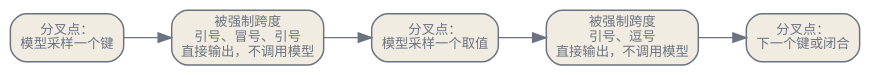
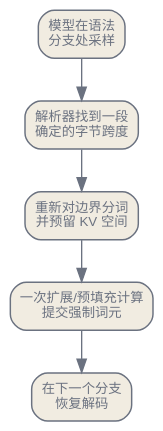
One commit to latere-ai/ai-as-an-infrastructure changed the second of 2 diagrams in zh/inference/05-structured-long-context.qmd. Above: the diagram before and after it, drawn with Graphviz. The commit also changed other lines of this file and 3 other files, not shown here.

````diff
--- a/zh/inference/05-structured-long-context.qmd
+++ b/zh/inference/05-structured-long-context.qmd
@@ -81,20 +101,17 @@
 ```{dot}
 //| label: fig-slc-jumpforward
-//| fig-cap: "在压缩 FSM 上的跳跃式前向解码。被强制跨度折叠成单条边、无需调用模型即可输出，依据 Yin et al.（2024）。"
+//| fig-cap: "跳跃式处理。模型在一个语法分支采样后遇到确定的字节跨度，运行时重新对边界分词，并为整段内容扩展模型状态，然后才恢复采样。"
 digraph {
   bgcolor="transparent";
-  rankdir=LR;
-  nodesep=0.4; ranksep=0.5;
+  rankdir=TB;
+  nodesep=0.35; ranksep=0.45;
   node [shape=box, style="rounded,filled", fontname="Helvetica", fontsize=10, color="#6b7280", fontcolor="#6b7280", fillcolor="#f1ece1", penwidth=1.1];
-  edge [fontsize=10, fontname="Helvetica", color="#6b7280", fontcolor="#6b7280"];
-  B1 [label="分叉点：\n模型采样一个键"];
-  F1 [label="被强制跨度\n引号、冒号、引号\n直接输出，不调用模型"];
-  B2 [label="分叉点：\n模型采样一个取值"];
-  F2 [label="被强制跨度\n引号、逗号\n直接输出，不调用模型"];
-  B3 [label="分叉点：\n下一个键或闭合"];
-  B1 -> F1;
-  F1 -> B2;
-  B2 -> F2;
-  F2 -> B3;
+  edge [fontsize=9, fontname="Helvetica", color="#6b7280", fontcolor="#6b7280"];
+  B1 [label="模型在语法\n分支处采样"];
+  F [label="解析器找到一段\n确定的字节跨度"];
+  R [label="重新对边界分词\n并预留 KV 空间"];
+  E [label="一次扩展/预填充计算\n提交强制词元"];
+  B2 [label="在下一个分支\n恢复解码"];
+  B1 -> F -> R -> E -> B2;
 }
 ```
````
